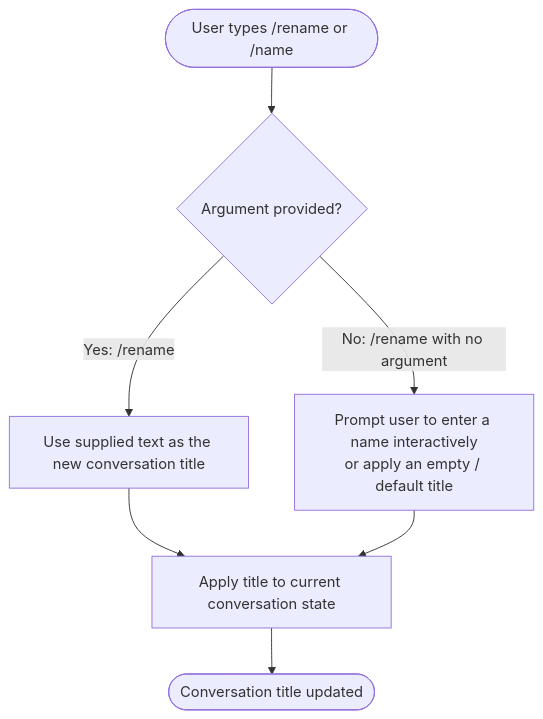
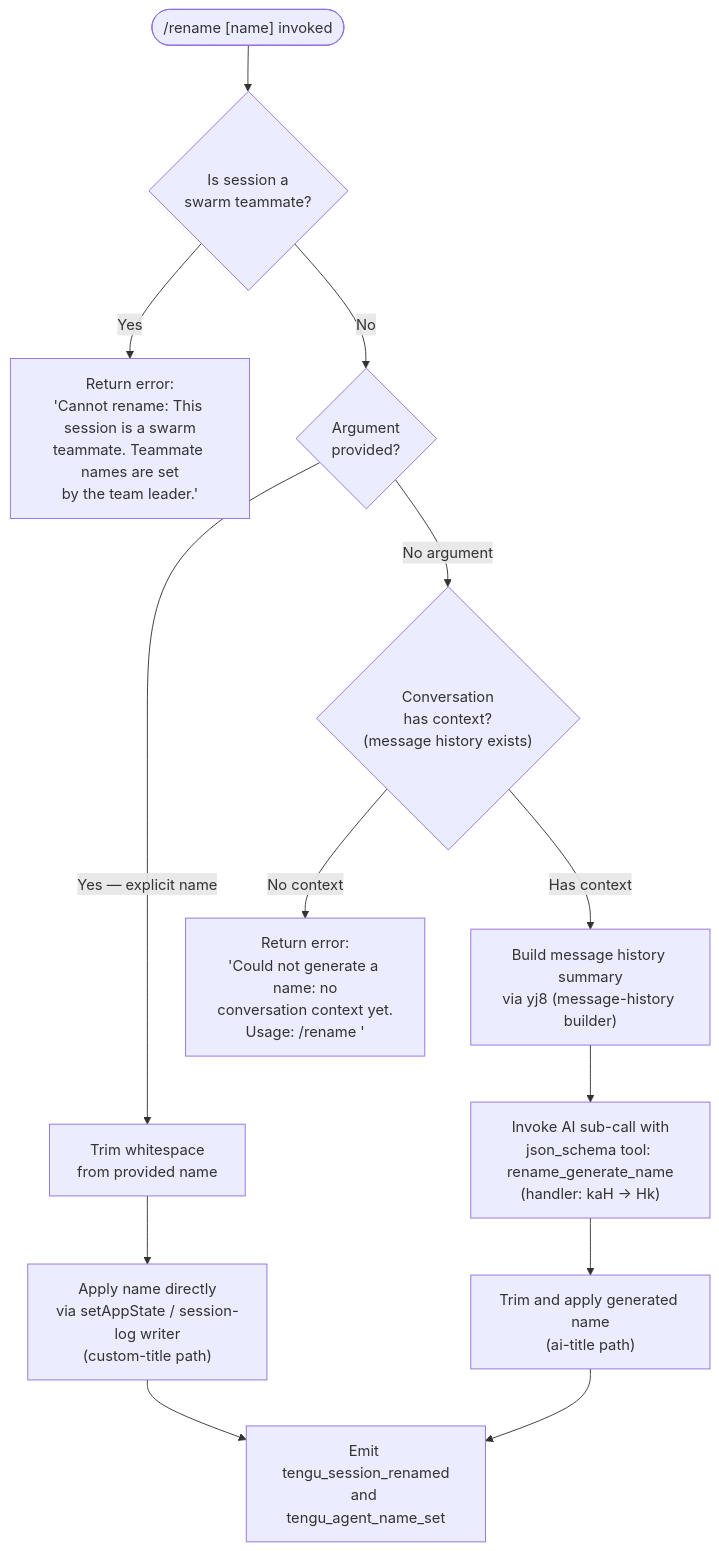
One commit to MyLittleLuckyDog/cc-gnothi changed the diagram in versions/v2.1.144/rename.md. Above: the diagram before and after it, drawn with Mermaid. The commit also changed other lines of this file and 483 other files, not shown here.

````diff
--- a/versions/v2.1.144/rename.md
+++ b/versions/v2.1.144/rename.md
@@ -48,9 +57,15 @@
 ```mermaid
 flowchart TD
-    A([User types /rename or /name]) --> B{Argument provided?}
-    B -- "Yes: /rename <new name>" --> C[Use supplied text as the new conversation title]
-    B -- "No: /rename with no argument" --> D[Prompt user to enter a name interactively\nor apply an empty / default title]
-    C --> E[Apply title to current conversation state]
-    D --> E
-    E --> F([Conversation title updated])
+    A(["/rename [name] invoked"]) --> B{Is session a\nswarm teammate?}
+    B -- Yes --> C["Return error:\n'Cannot rename: This session is a swarm\nteammate. Teammate names are set\nby the team leader.'"]
+    B -- No --> D{Argument\nprovided?}
+    D -- "Yes — explicit name" --> E["Trim whitespace\nfrom provided name"]
+    E --> F["Apply name directly\nvia setAppState / session-log writer\n(custom-title path)"]
+    F --> G["Emit tengu_session_renamed\nand tengu_agent_name_set"]
+    D -- "No argument" --> H{"Conversation\nhas context?\n(message history exists)"}
+    H -- "No context" --> I["Return error:\n'Could not generate a name: no\nconversation context yet.\nUsage: /rename <name>'"]
+    H -- "Has context" --> J["Build message history summary\nvia yj8 (message-history builder)"]
+    J --> K["Invoke AI sub-call with\njson_schema tool: rename_generate_name\n(handler: kaH → Hk)"]
+    K --> L["Trim and apply generated name\n(ai-title path)"]
+    L --> G
 ```
````
